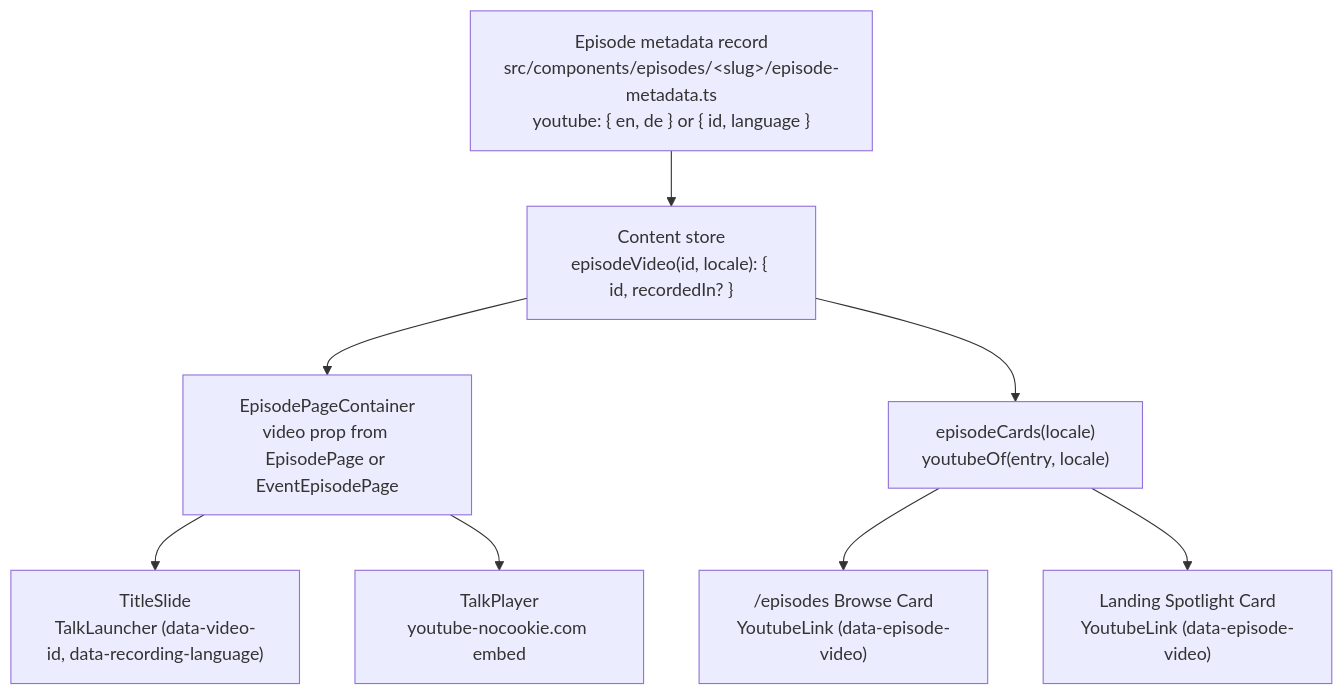
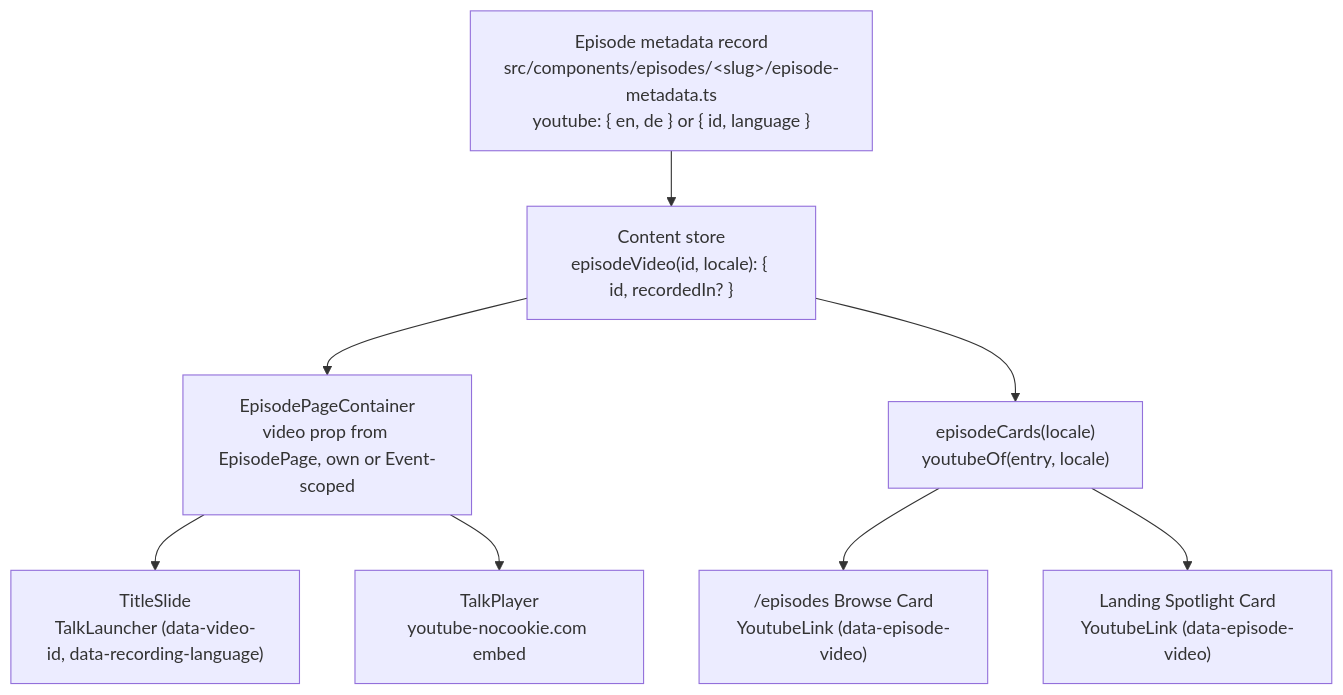
One commit to hancrafted/content-library changed the diagram in skills/episode-add-youtube/SKILL.md. Above: the diagram before and after it, drawn with Mermaid. The commit also changed 80 other files, not shown here.

````diff
--- a/skills/episode-add-youtube/SKILL.md
+++ b/skills/episode-add-youtube/SKILL.md
@@ -96,11 +96,11 @@
 ```mermaid
 flowchart TD
   R["Episode metadata record<br/>src/components/episodes/&lt;slug&gt;/episode-metadata.ts<br/>youtube: { en, de } or { id, language }"]
   R --> S["Content store<br/>episodeVideo(id, locale): { id, recordedIn? }"]
-  S --> C["EpisodePageContainer<br/>video prop from EpisodePage or EventEpisodePage"]
+  S --> C["EpisodePageContainer<br/>video prop from EpisodePage, own or Event-scoped"]
   S --> EC["episodeCards(locale)<br/>youtubeOf(entry, locale)"]
   C --> TS["TitleSlide<br/>TalkLauncher (data-video-id, data-recording-language)"]
   C --> TP["TalkPlayer<br/>youtube-nocookie.com embed"]
   EC --> EP["/episodes Browse Card<br/>YoutubeLink (data-episode-video)"]
   EC --> LP["Landing Spotlight Card<br/>YoutubeLink (data-episode-video)"]
 ```
````
